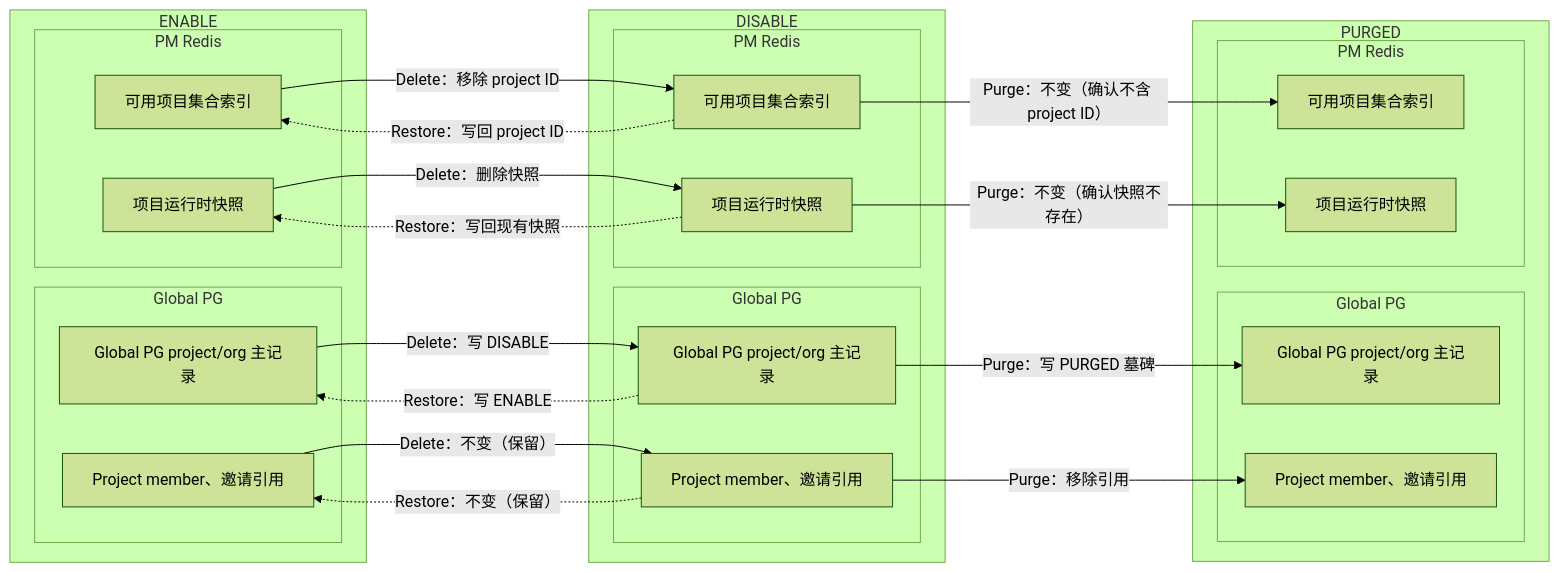
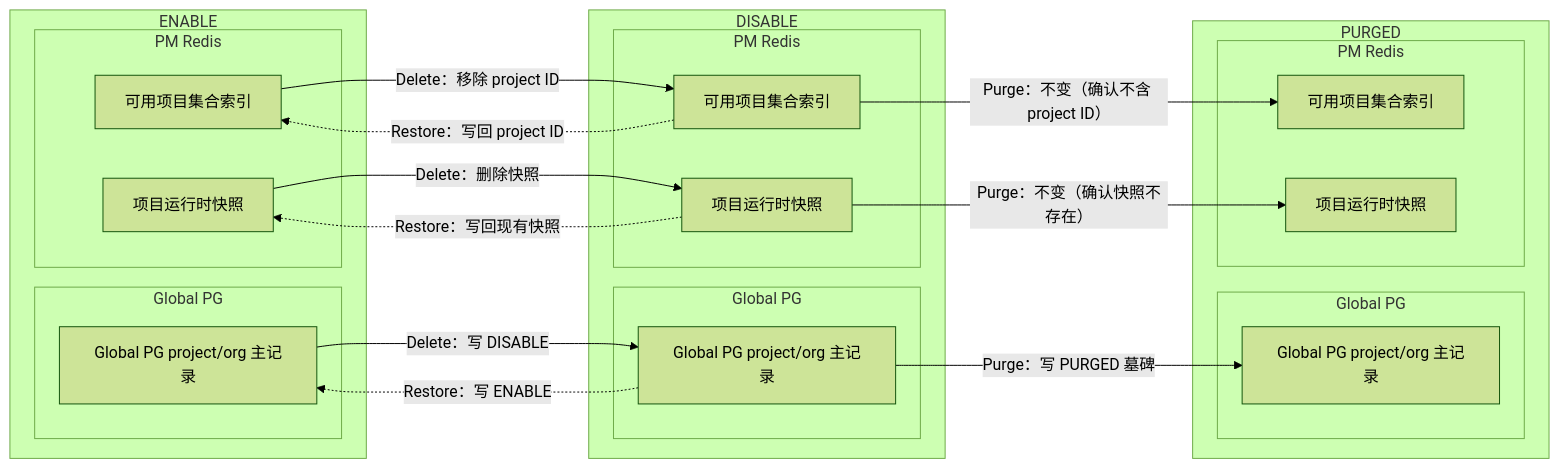
Before and after one commit to qinwenshiCH/workflow: the fourth of 20 diagrams in specs/20260716-Wave-Refac-OrganizationProjectLifecycle/04-detail.md, drawn with Mermaid (forest theme). The commit also changed other lines of this file and 4 other files, not shown here.

````diff
--- a/specs/20260716-Wave-Refac-OrganizationProjectLifecycle/04-detail.md
+++ b/specs/20260716-Wave-Refac-OrganizationProjectLifecycle/04-detail.md
@@ -248,48 +161,39 @@
 ```mermaid
 flowchart LR
     subgraph enable["ENABLE"]
         subgraph e_pg["Global PG"]
             EGlobal["Global PG project/org 主记录"]
-            EMember["Project member、邀请引用"]
         end
         subgraph e_pm["PM Redis"]
             EIndex["可用项目集合索引"]
             EInfo["项目运行时快照"]
         end
     end
-
     subgraph disable["DISABLE"]
         subgraph d_pg["Global PG"]
             DGlobal["Global PG project/org 主记录"]
-            DMember["Project member、邀请引用"]
         end
         subgraph d_pm["PM Redis"]
             DIndex["可用项目集合索引"]
             DInfo["项目运行时快照"]
         end
     end
-
     subgraph purged["PURGED"]
         subgraph p_pg["Global PG"]
             PGlobal["Global PG project/org 主记录"]
-            PMember["Project member、邀请引用"]
         end
         subgraph p_pm["PM Redis"]
             PIndex["可用项目集合索引"]
             PInfo["项目运行时快照"]
         end
     end
-
     EGlobal -->|Delete：写 DISABLE| DGlobal
-    EMember -->|Delete：不变（保留）| DMember
     EIndex -->|Delete：移除 project ID| DIndex
     EInfo -->|Delete：删除快照| DInfo
     DGlobal -.->|Restore：写 ENABLE| EGlobal
-    DMember -.->|Restore：不变（保留）| EMember
     DIndex -.->|Restore：写回 project ID| EIndex
     DInfo -.->|Restore：写回现有快照| EInfo
     DGlobal -->|Purge：写 PURGED 墓碑| PGlobal
-    DMember -->|Purge：移除引用| PMember
     DIndex -->|Purge：不变（确认不含 project ID）| PIndex
     DInfo -->|Purge：不变（确认快照不存在）| PInfo
 ```
````
